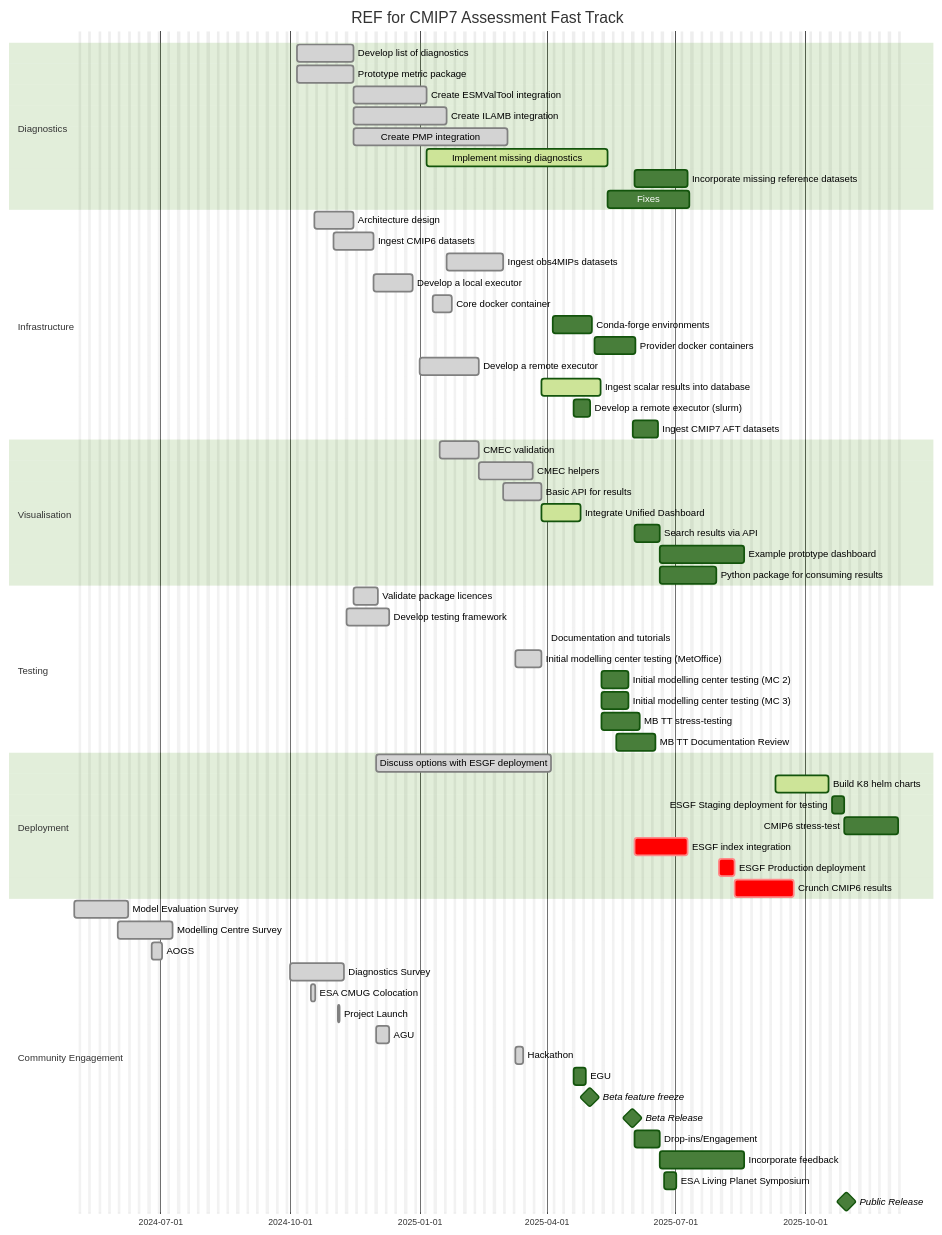
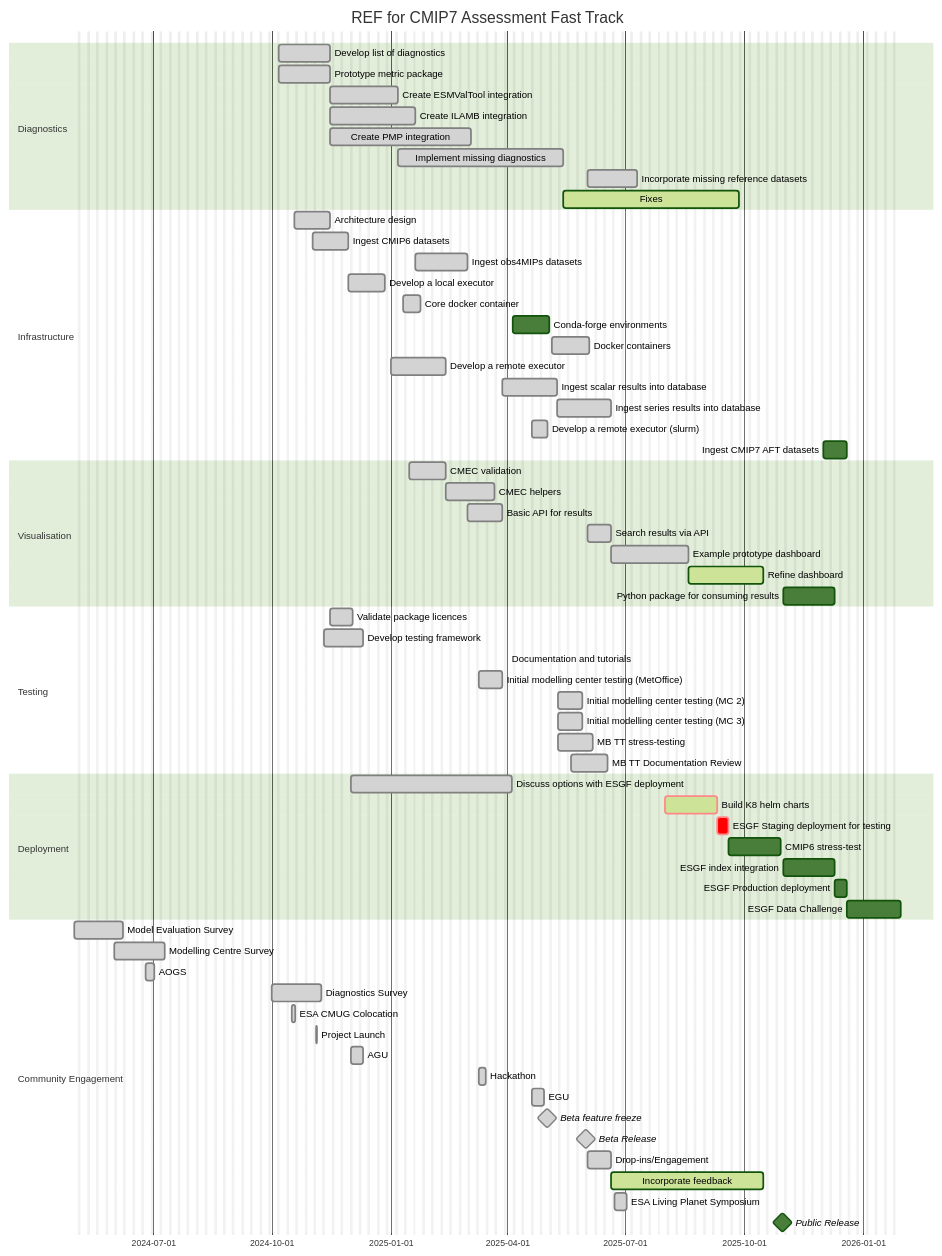
Before and after one commit to skoriche/Climate-REF4CMIP: the diagram in docs/roadmap.md, drawn with Mermaid (forest theme). The commit also changed other lines of this file, not shown here.

Commit message:
doc: Update roadmap

````diff
--- a/docs/roadmap.md
+++ b/docs/roadmap.md
@@ -23,82 +23,83 @@
 ```mermaid
 gantt
     dateFormat  YYYY-MM-DD
     title       REF for CMIP7 Assessment Fast Track
     excludes    weekends
 
     section Diagnostics
 
-    Develop list of diagnostics                       :done, metrics, 2024-10-06, 30d
+    Develop list of diagnostics                   :done, metrics, 2024-10-06, 30d
     Prototype metric package                      :done, metricsPrototype, 2024-10-06, 30d
 
     Create ESMValTool integration                 :done, esmvaltool, after metricsPrototype, 2025-01-06
     Create ILAMB integration                      :done, ilamb, after metricsPrototype, 2025-01-20
     Create PMP integration                        :done, pmp, after metricsPrototype, 2025-03-04
 
-    Implement missing diagnostics                     :active, missing, after esmvaltool, 2025-05-14
-    Incorporate missing reference datasets        :after beta, 4w
-    Fixes                                         :after missing, 6w
+    Implement missing diagnostics                 :done, missing, after esmvaltool, 2025-05-14
+    Incorporate missing reference datasets        :done, after beta, 4w
+    Fixes                                         :active, after missing, 14w
 
     section Infrastructure
 
     Architecture design                           :done, 2024-10-18, 20d
-
     Ingest CMIP6 datasets                         :done, cmip6, 2024-11-01, 20d
     Ingest obs4MIPs datasets                      :done, 2025-01-20, 2025-03-01
     Develop a local executor                      :done, local, after cmip6, 20d
     Core docker container                         :done, dockerise, 2025-01-10, 10d
     Conda-forge environments                      :conda, 2025-04-05, 3w
-    Provider docker containers                    :after conda, 3w
-    Develop a remote executor                     :done, celery, 2025-01-01, 30d
-    Ingest scalar results into database           :active,ingest, after results, 30d
-    Develop a remote executor (slurm)             :slurm, 2025-04-20, 10d
-    Ingest CMIP7 AFT datasets                        :2025-06-01, 2w
+    Docker containers                             :done,after conda, 3w
+    Develop a remote executor                     :done,celery, 2025-01-01, 30d
+    Ingest scalar results into database           :done,ingest, after results, 30d
+    Ingest series results into database           :done,ingest-series, after ingest, 30d
+    Develop a remote executor (slurm)             :done, slurm, 2025-04-20, 10d
+    Ingest CMIP7 AFT datasets                        :2025-12-01, 2w
 
     section Visualisation
 
     CMEC validation                               :done, cmec, 2025-01-15, 20d
     CMEC helpers                                  :done, cmecHelpers, after cmec, 4w
     Basic API for results                         :done, results, 2025-03-01, 20d
-    Integrate Unified Dashboard                   :active, ud, after results, 20d
-    Search results via API                        :api-result, after beta, 2w
-    Example prototype dashboard                   :dashboad, after api-result, 6w
-    Python package for consuming results          :after api-result, 4w
+%%    Integrate Unified Dashboard                   :active, ud, after results, 20d
+    Search results via API                        :done,api-result, after beta, 2w
+    Example prototype dashboard                   :done,dashboard, after api-result, 6w
+    Refine dashboard                              :active,after dashboard, 6w
+    Python package for consuming results          :after public, 4w
 
 
     section Testing
     Validate package licences                     :done, 2024-11-15, 2024-12-02
     Develop testing framework                     :done, 2024-11-10, 2024-12-10
-    Documentation and tutorials                   :active, 2025-05-06, 2025-04-01
+    Documentation and tutorials                   :done, 2025-05-06, 2025-04-01
     Initial modelling center testing (MetOffice)  :done, mc1, 2025-03-10, 14d
-    Initial modelling center testing (MC 2)       :mc2, 2025-05-10, 14d
-    Initial modelling center testing (MC 3)       :mc3, 2025-05-10, 14d
-    MB TT stress-testing                          :2025-05-10, 20d
-    MB TT Documentation Review                    :2025-05-20, 20d
+    Initial modelling center testing (MC 2)       :done, mc2, 2025-05-10, 14d
+    Initial modelling center testing (MC 3)       :done, mc3, 2025-05-10, 14d
+    MB TT stress-testing                          :done, 2025-05-10, 20d
+    MB TT Documentation Review                    :done, 2025-05-20, 20d
 
     section Deployment
     Discuss options with ESGF deployment          :done, esgf, 2024-12-01, 90d
-    Build K8 helm charts                          :active, helm, after 2025-04-01, 4w
-    ESGF Staging deployment for testing                :staging, after helm, 1w
+    Build K8 helm charts                          :crit, active, helm, 2025-08-01, 4w
+    ESGF Staging deployment for testing           :crit, staging, after helm, 1w
     CMIP6 stress-test                             :after staging, 4w
-    ESGF index integration                        :crit, after beta, 4w
-    ESGF Production deployment                         :crit, prod, 2025-08-01, 1w
-    Crunch CMIP6 results                          :crit, after prod, 30d
+    ESGF index integration                        :esgf-index, after public, 4w
+    ESGF Production deployment                    :prod, after esgf-index, 1w
+    ESGF Data Challenge                           :after prod, 30d
 
     section Community Engagement
     Model Evaluation Survey                       :done, 2024-05-01, 4w
     Modelling Centre Survey                       :done, 2024-06-01, 4w
     AOGS                                          :done, 2024-06-25, 5d
     Diagnostics Survey                            :done, survey, 2024-10-01, 4w
     ESA CMUG Colocation                           :done, 2024-10-16, 3d
     Project Launch                                :done, 2024-11-04, 1d
     AGU                                           :done, 2024-12-01, 1w
     Hackathon                                     :done, hackathon, 2025-03-10, 5d
-    EGU                                           :egu, 2025-04-20, 1w
-    Beta feature freeze                           :milestone, beta, 2025-05-01, 1d
-    Beta Release                                  :milestone, beta, 2025-05-30, 1d
-    Drop-ins/Engagement                           :engagement, after beta, 2w
-    Incorporate feedback                          :after engagement, 6w
-    ESA Living Planet Symposium                   :lps, 2025-06-23, 1w
+    EGU                                           :done, egu, 2025-04-20, 1w
+    Beta feature freeze                           :done, milestone, beta, 2025-05-01, 1d
+    Beta Release                                  :done, milestone, beta, 2025-05-30, 1d
+    Drop-ins/Engagement                           :done, engagement, after beta, 2w
+    Incorporate feedback                          :active, after engagement, 12w
+    ESA Living Planet Symposium                   :done, lps, 2025-06-23, 1w
     Public Release                                :milestone, public, 2025-10-30, 1d
 
 ```
````
